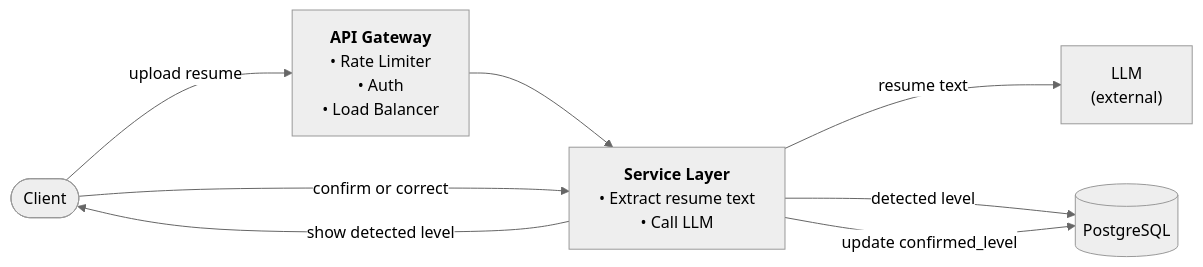
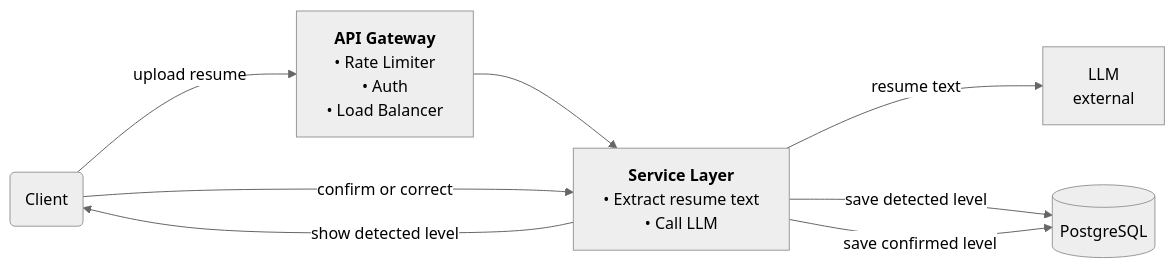
Before and after one commit to shivam-tamboli/GrillMyProject: the second of 4 diagrams in SYSTEM_DESIGN.md, drawn with Mermaid (neutral theme).

Commit message:
clean up resume scan diagram

````diff
--- a/SYSTEM_DESIGN.md
+++ b/SYSTEM_DESIGN.md
@@ -340,17 +340,17 @@
 ```mermaid
 %%{init: {'flowchart': {'nodeSpacing': 60, 'rankSpacing': 100}}}%%
 flowchart LR
-    Client([Client])
+    Client(Client)
     GW["<b>API Gateway</b><br/>• Rate Limiter<br/>• Auth<br/>• Load Balancer"]
     SVC["<b>Service Layer</b><br/>• Extract resume text<br/>• Call LLM"]
-    LLM["LLM<br/>(external)"]
+    LLM["LLM<br/>external"]
     PG[(PostgreSQL)]
 
-    Client -->|"upload resume"| GW
+    Client -->|upload resume| GW
     GW --> SVC
-    SVC -->|"resume text"| LLM
-    SVC -->|"detected level"| PG
-    SVC -->|"show detected level"| Client
-    Client -->|"confirm or correct"| SVC
-    SVC -->|"update confirmed_level"| PG
+    SVC -->|resume text| LLM
+    SVC -->|save detected level| PG
+    SVC -->|show detected level| Client
+    Client -->|confirm or correct| SVC
+    SVC -->|save confirmed level| PG
 ```
````
